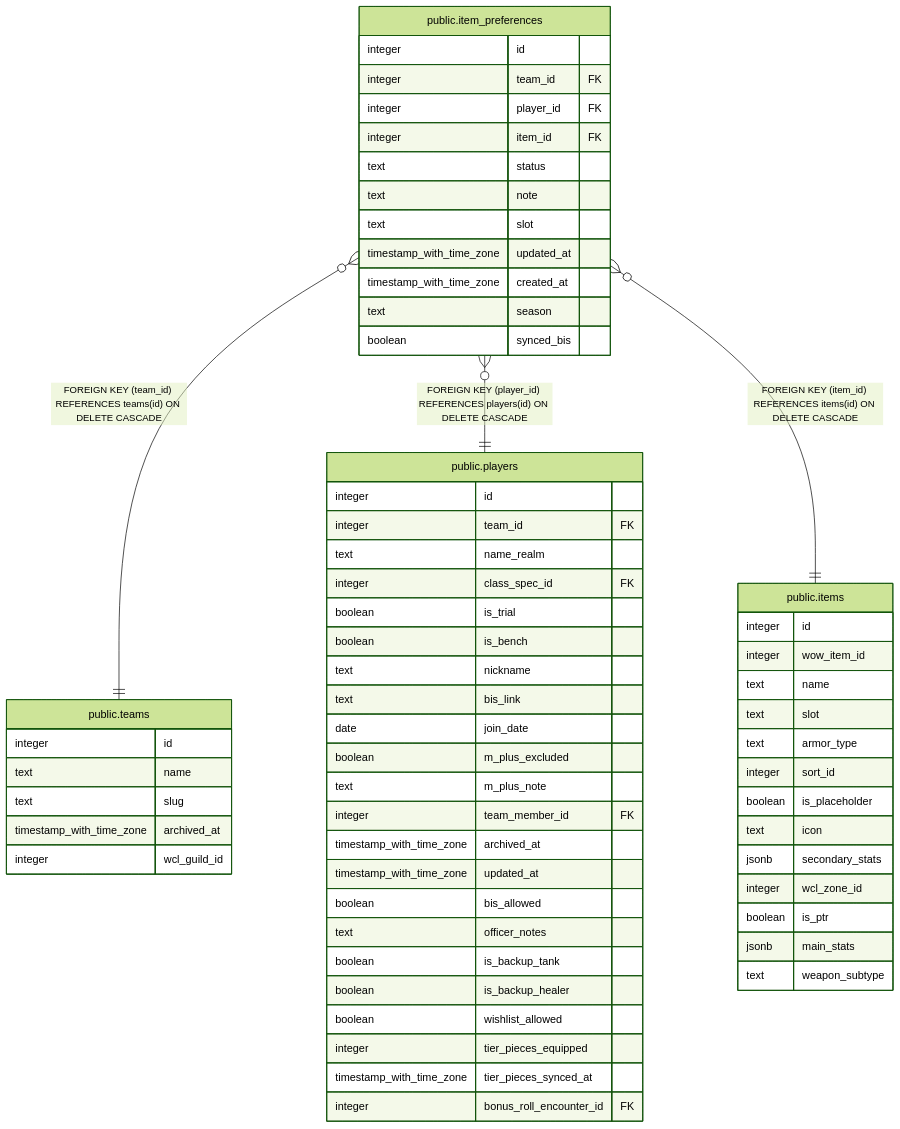
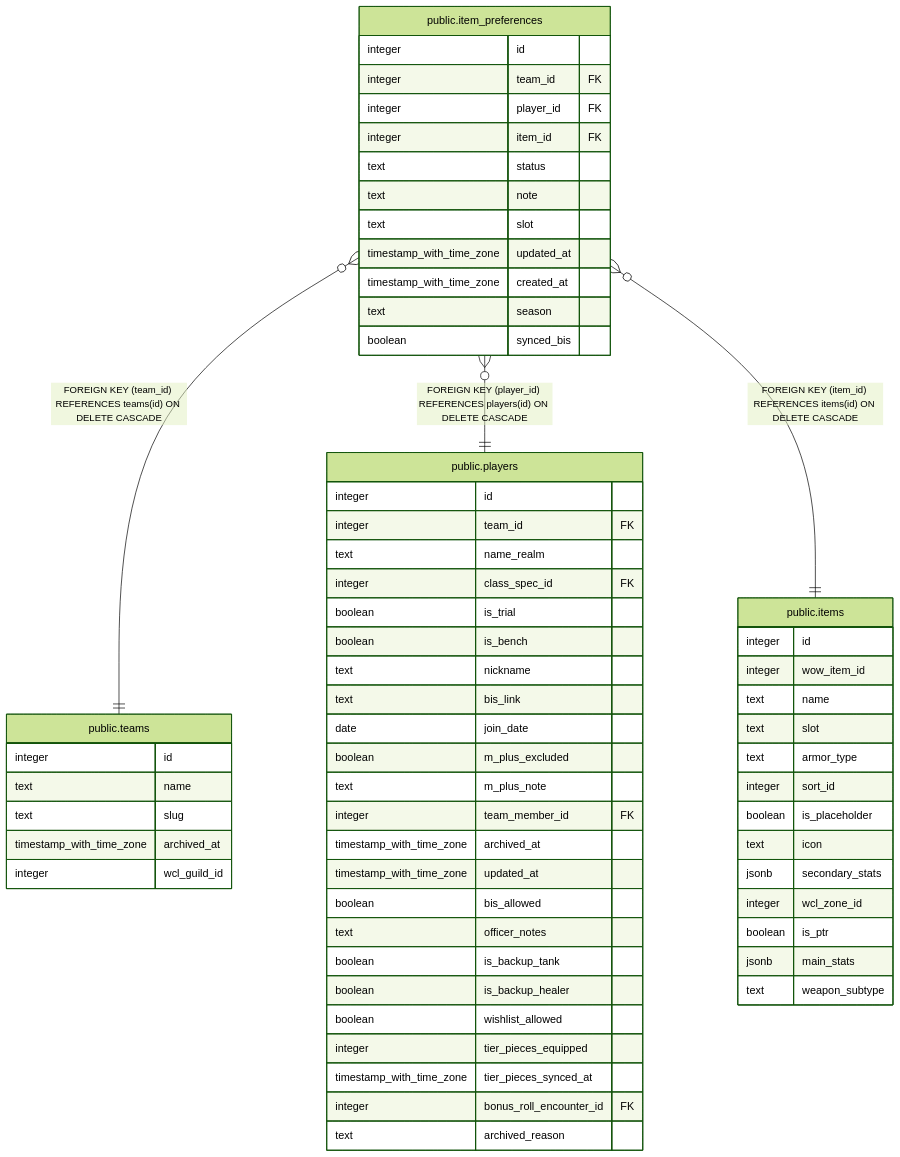
One commit to katogaming88/Phoenix-Roster changed the diagram in dbdoc/public.item_preferences.md. Above: the diagram before and after it, drawn with Mermaid (forest theme). The commit also changed 35 other files, not shown here.

````diff
--- a/dbdoc/public.item_preferences.md
+++ b/dbdoc/public.item_preferences.md
@@ -46,67 +46,68 @@
 ```mermaid
 erDiagram
 
 "public.item_preferences" }o--|| "public.teams" : "FOREIGN KEY (team_id) REFERENCES teams(id) ON DELETE CASCADE"
 "public.item_preferences" }o--|| "public.players" : "FOREIGN KEY (player_id) REFERENCES players(id) ON DELETE CASCADE"
 "public.item_preferences" }o--|| "public.items" : "FOREIGN KEY (item_id) REFERENCES items(id) ON DELETE CASCADE"
 
 "public.item_preferences" {
   integer id
   integer team_id FK
   integer player_id FK
   integer item_id FK
   text status
   text note
   text slot
   timestamp_with_time_zone updated_at
   timestamp_with_time_zone created_at
   text season
   boolean synced_bis
 }
 "public.teams" {
   integer id
   text name
   text slug
   timestamp_with_time_zone archived_at
   integer wcl_guild_id
 }
 "public.players" {
   integer id
   integer team_id FK
   text name_realm
   integer class_spec_id FK
   boolean is_trial
   boolean is_bench
   text nickname
   text bis_link
   date join_date
   boolean m_plus_excluded
   text m_plus_note
   integer team_member_id FK
   timestamp_with_time_zone archived_at
   timestamp_with_time_zone updated_at
   boolean bis_allowed
   text officer_notes
   boolean is_backup_tank
   boolean is_backup_healer
   boolean wishlist_allowed
   integer tier_pieces_equipped
   timestamp_with_time_zone tier_pieces_synced_at
   integer bonus_roll_encounter_id FK
+  text archived_reason
 }
 "public.items" {
   integer id
   integer wow_item_id
   text name
   text slot
   text armor_type
   integer sort_id
   boolean is_placeholder
   text icon
   jsonb secondary_stats
   integer wcl_zone_id
   boolean is_ptr
   jsonb main_stats
   text weapon_subtype
 }
 ```
````
